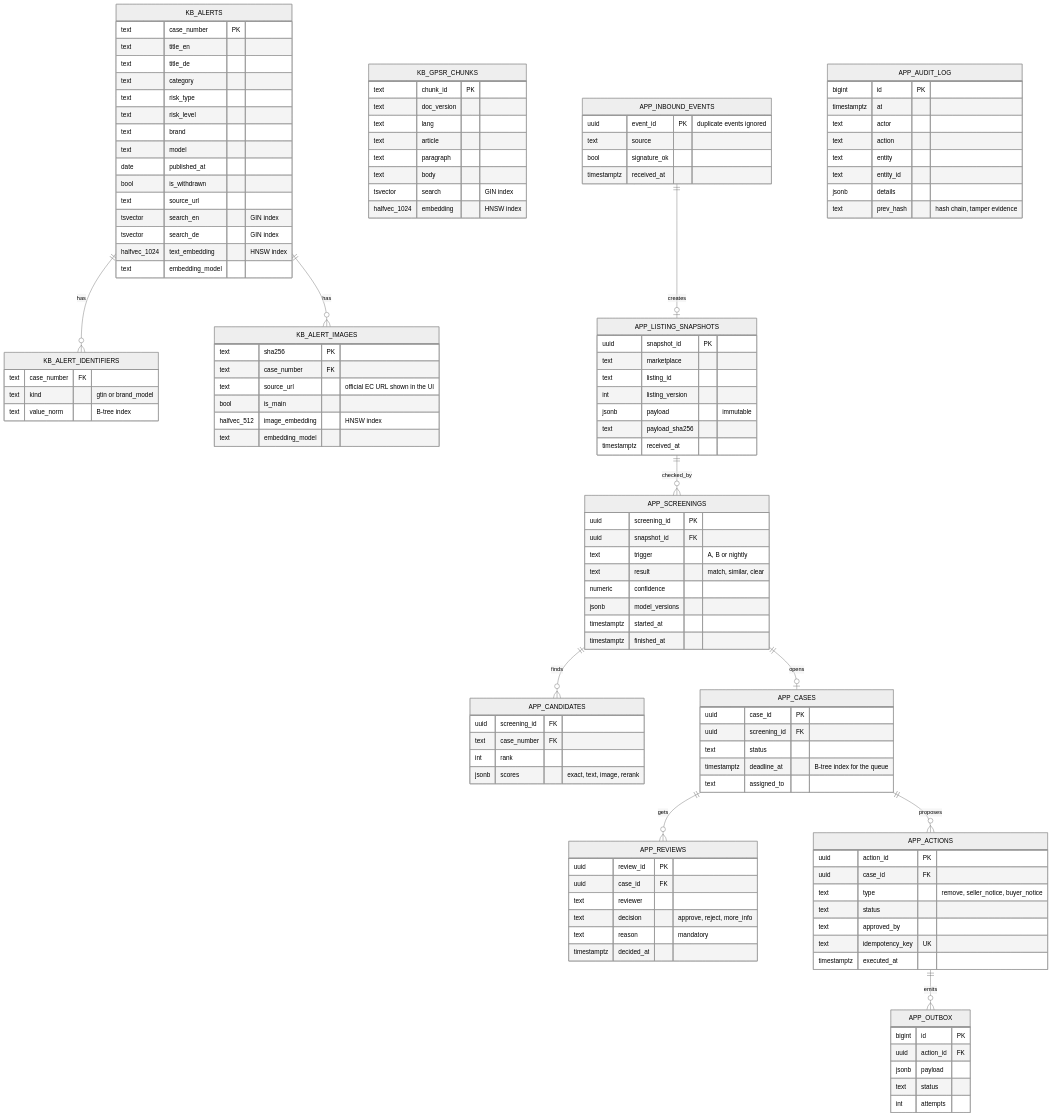
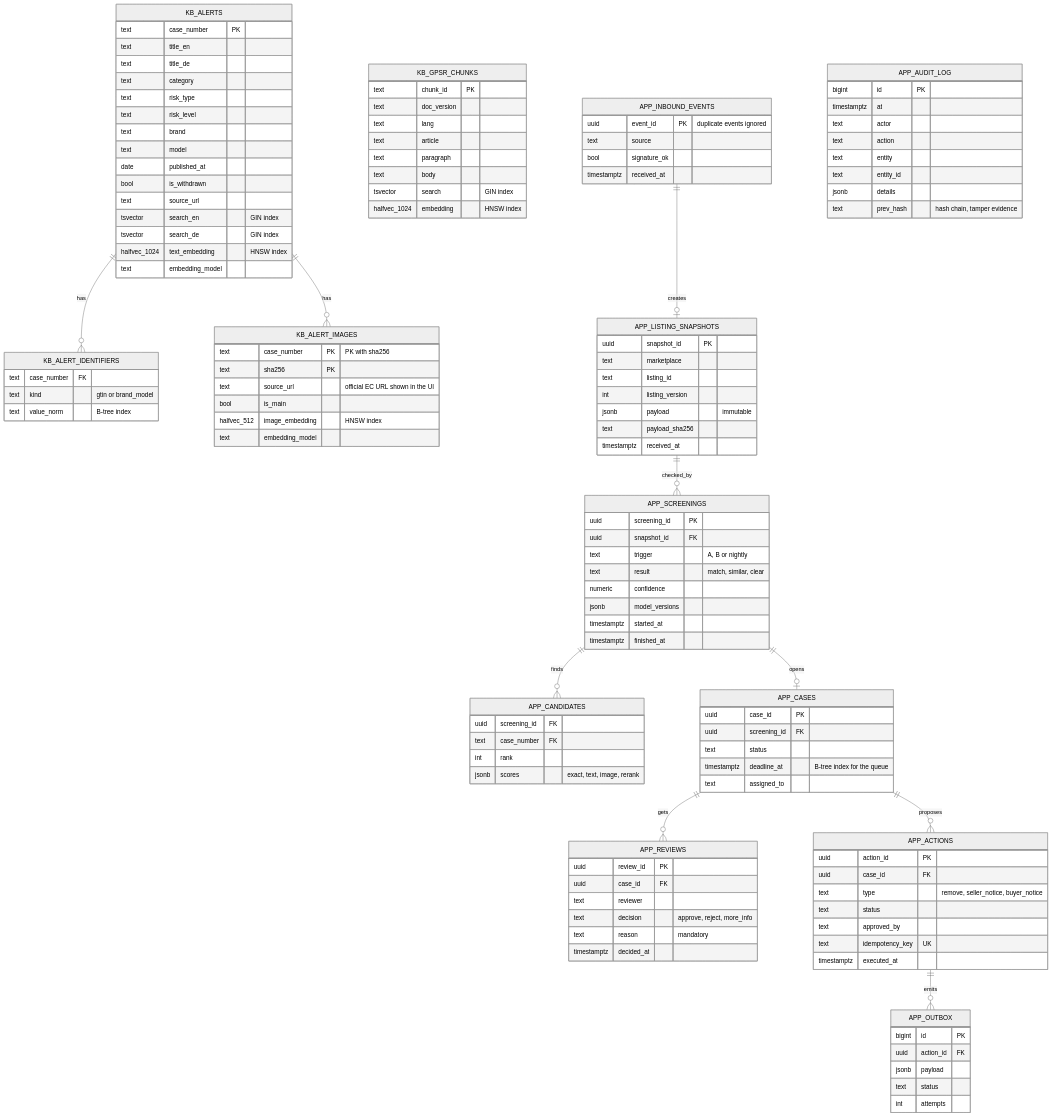
The third of 6 diagrams in docs/architecture/data-storage-design.md (abhinandansamal/recall-radar), drawn with Mermaid (neutral theme) before and after one commit. The commit also changed other lines of this file and 21 other files, not shown here.

```diff
--- a/docs/architecture/data-storage-design.md
+++ b/docs/architecture/data-storage-design.md
@@ -345,8 +345,8 @@
     text value_norm "B-tree index"
   }
   KB_ALERT_IMAGES {
+    text case_number PK "PK with sha256"
     text sha256 PK
-    text case_number FK
     text source_url "official EC URL shown in the UI"
     bool is_main
     halfvec_512 image_embedding "HNSW index"
```
